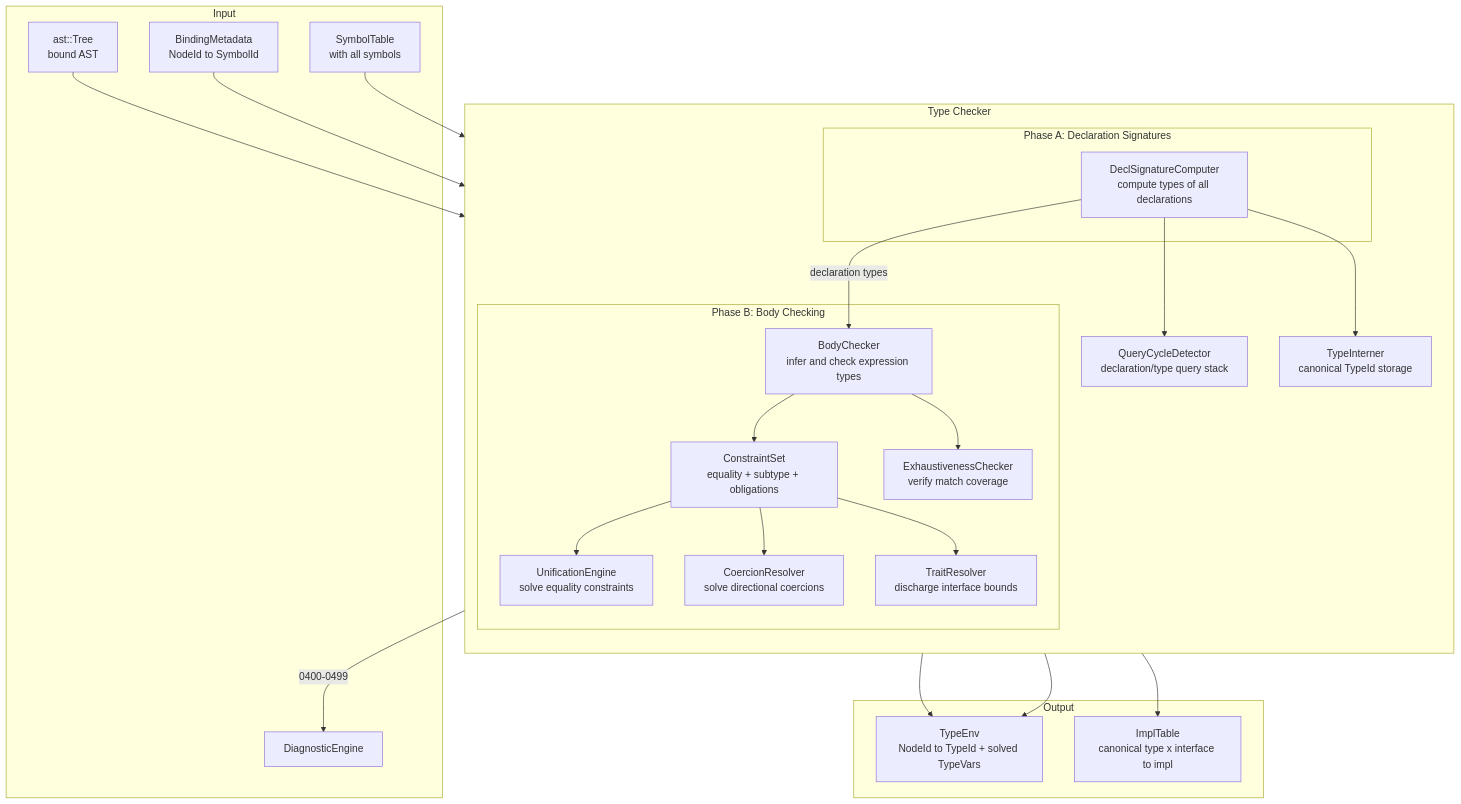
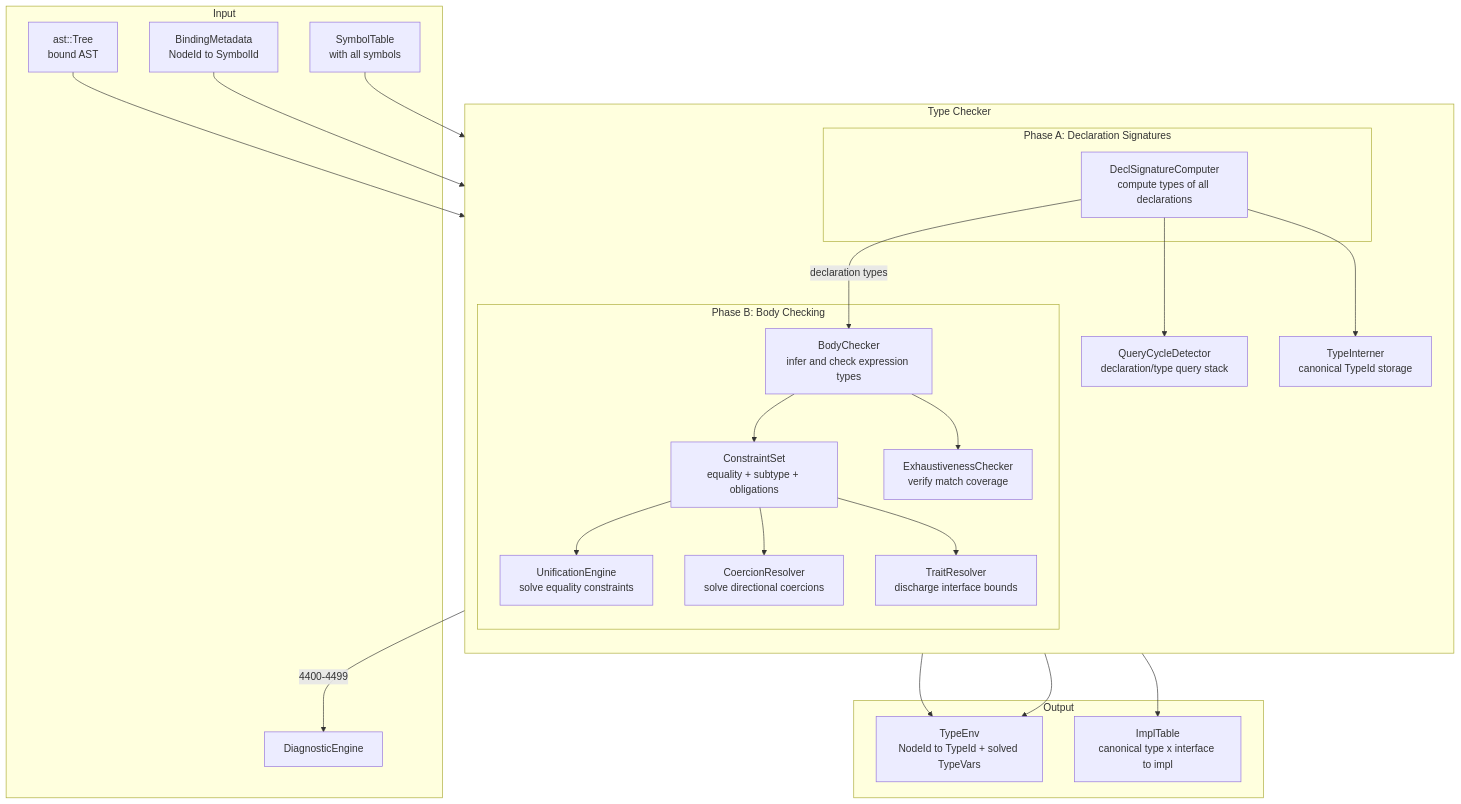
The diagram in docs/rfc/0005-type-system-architecture.md (Zzzode/ZOM), drawn with Mermaid before and after one commit. The commit also changed other lines of this file and 58 other files, not shown here.

````diff
--- a/docs/rfc/0005-type-system-architecture.md
+++ b/docs/rfc/0005-type-system-architecture.md
@@ -286,47 +286,47 @@
 ```mermaid
 flowchart TD
     subgraph "Input"
         AST[ast::Tree<br/>bound AST]
         BM[BindingMetadata<br/>NodeId to SymbolId]
         ST[SymbolTable<br/>with all symbols]
         DE[DiagnosticEngine]
     end
 
     subgraph "Type Checker"
         direction TB
         subgraph "Phase A: Declaration Signatures"
             DS[DeclSignatureComputer<br/>compute types of all declarations]
         end
         subgraph "Phase B: Body Checking"
             BC[BodyChecker<br/>infer and check expression types]
             CS[ConstraintSet<br/>equality + subtype + obligations]
             UNIFY[UnificationEngine<br/>solve equality constraints]
             COERCE[CoercionResolver<br/>solve directional coercions]
             TRAIT[TraitResolver<br/>discharge interface bounds]
             EXH[ExhaustivenessChecker<br/>verify match coverage]
         end
         TI[TypeInterner<br/>canonical TypeId storage]
         CYC[QueryCycleDetector<br/>declaration/type query stack]
     end
 
     subgraph "Output"
         TE[TypeEnv<br/>NodeId to TypeId + solved TypeVars]
         IMPL[ImplTable<br/>canonical type x interface to impl]
     end
 
     AST --> DS
     BM --> DS
     ST --> DS
     DS -->|declaration types| BC
     DS --> CYC
     DS --> TI
     BC --> CS
     CS --> UNIFY
     CS --> COERCE
     CS --> TRAIT
     BC --> EXH
     COERCE --> TE
     UNIFY --> TE
     TRAIT --> IMPL
-    BC -->|0400-0499| DE
+    BC -->|4400-4499| DE
 ```
````
